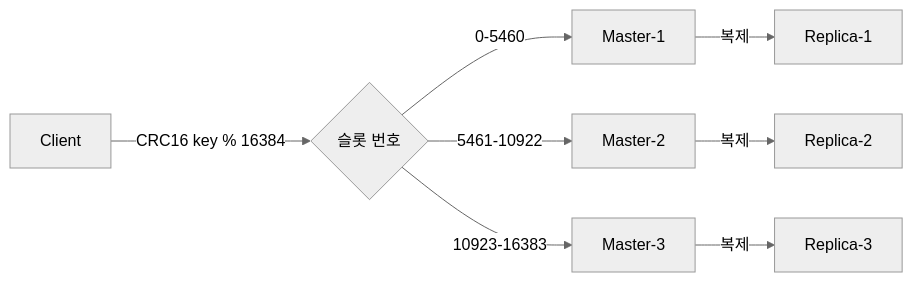
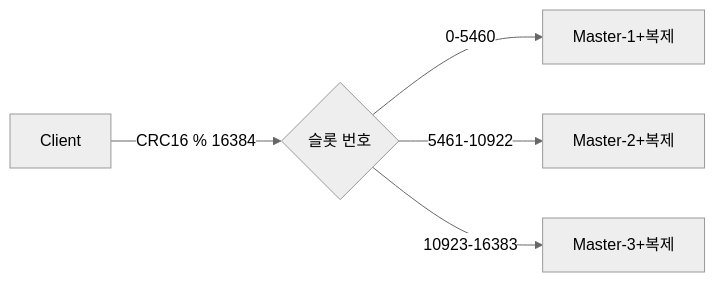
Before and after one commit to yjkim2015/yjkim2015.github.io: the fourth of 6 diagrams in _posts/redis/2026-05-11-redis-modes.md, drawn with Mermaid (neutral theme). The commit also changed other lines of this file and 245 other files, not shown here.

First line of the commit message:
Mermaid 다이어그램 전면 수정 + 면접 포인트 접기/펼치기 + DB 데드락 페이지

````diff
--- a/_posts/redis/2026-05-11-redis-modes.md
+++ b/_posts/redis/2026-05-11-redis-modes.md
@@ -226,10 +226,7 @@
 ```mermaid
 graph LR
-  C[Client] -->|CRC16 key % 16384| S{슬롯 번호}
-  S -->|0-5460| M1[Master-1]
-  S -->|5461-10922| M2[Master-2]
-  S -->|10923-16383| M3[Master-3]
-  M1 -->|복제| R1[Replica-1]
-  M2 -->|복제| R2[Replica-2]
-  M3 -->|복제| R3[Replica-3]
+  C[Client] -->|CRC16 % 16384| S{슬롯 번호}
+  S -->|0-5460| M1[Master-1+복제]
+  S -->|5461-10922| M2[Master-2+복제]
+  S -->|10923-16383| M3[Master-3+복제]
 ```
````
